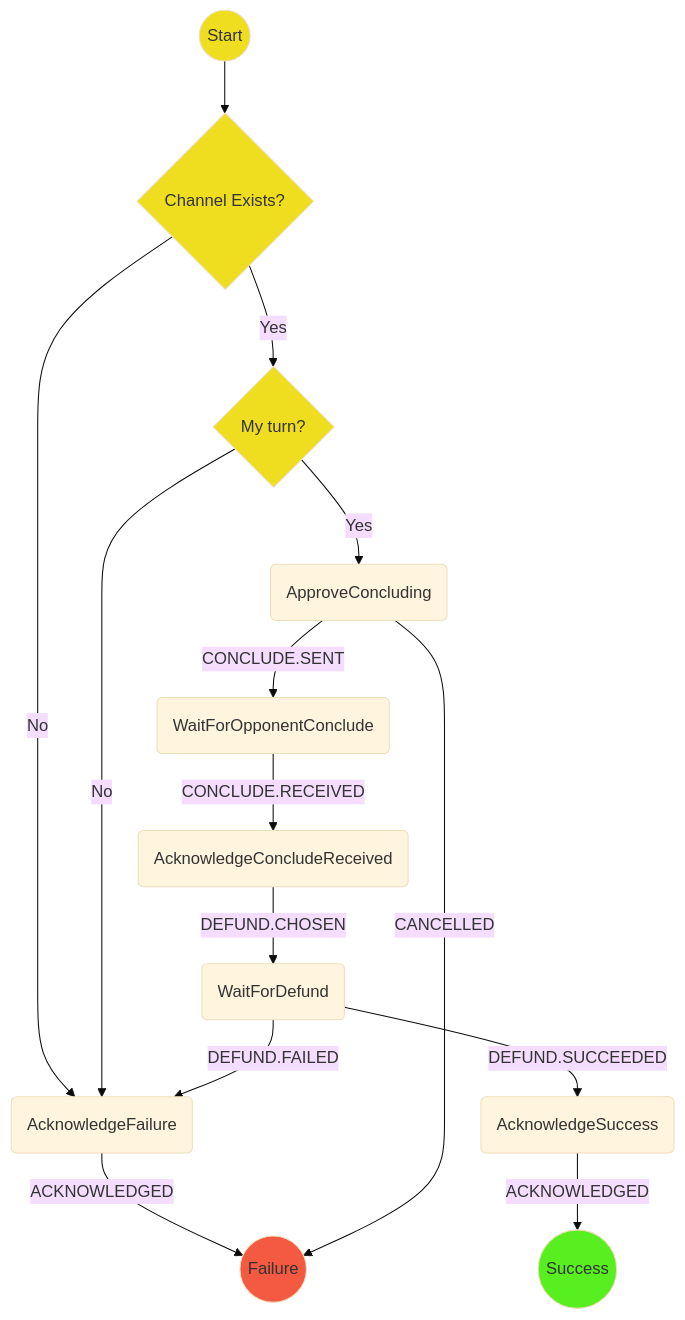
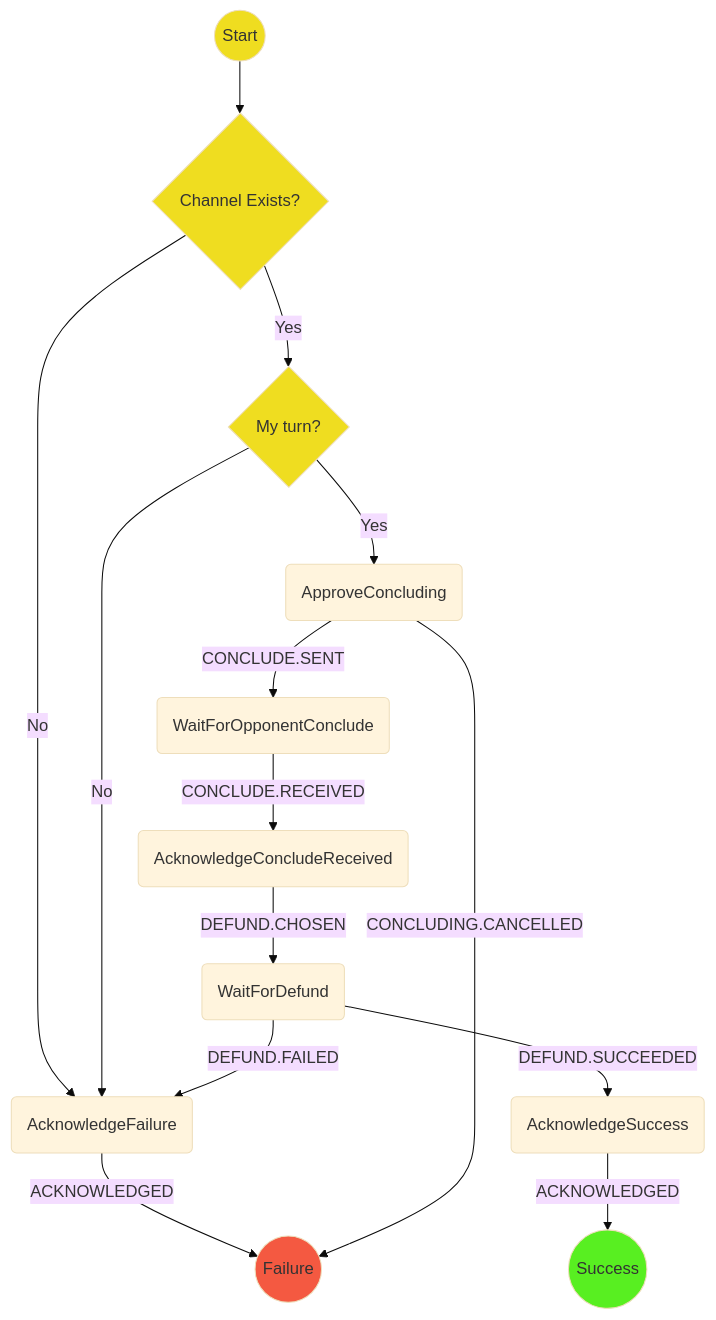
The diagram in packages/wallet/src/redux/protocols/concluding/readme.md (magmo/apps), drawn with Mermaid (base theme) before and after one commit. The commit also changed other lines of this file and 5 other files, not shown here.

````diff
--- a/packages/wallet/src/redux/protocols/concluding/readme.md
+++ b/packages/wallet/src/redux/protocols/concluding/readme.md
@@ -21,21 +21,21 @@
 ```mermaid
 graph TD
   S((Start)) --> E{Channel Exists?}
   E --> |No| AF(AcknowledgeFailure)
   AF -->|ACKNOWLEDGED| F((Failure))
   E --> |Yes| MT{My turn?}
   MT  --> |Yes| CC(ApproveConcluding)
   MT  --> |No| AF(AcknowledgeFailure)
-  CC  --> |CANCELLED| F
+  CC  --> |CONCLUDING.CANCELLED| F
   CC  --> |CONCLUDE.SENT| WOC(WaitForOpponentConclude)
   WOC --> |CONCLUDE.RECEIVED| ACR(AcknowledgeConcludeReceived)
   ACR --> |DEFUND.CHOSEN| D(WaitForDefund)
   D   --> |DEFUND.SUCCEEDED| AS(AcknowledgeSuccess)
   AS -->  |ACKNOWLEDGED| SS((Success))
   D   --> |DEFUND.FAILED| AF(AcknowledgeFailure)
   style S  fill:#efdd20
   style E  fill:#efdd20
   style MT fill:#efdd20
   style SS fill:#58ef21
   style F  fill:#f45941
 ```
````
